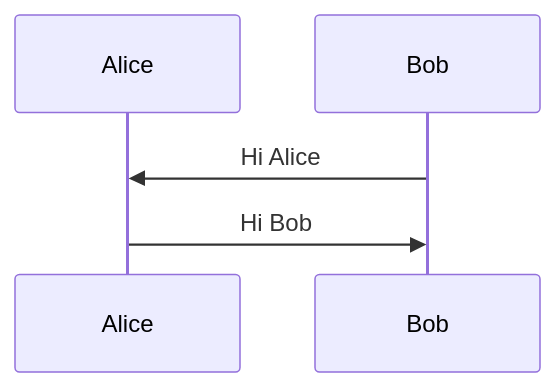
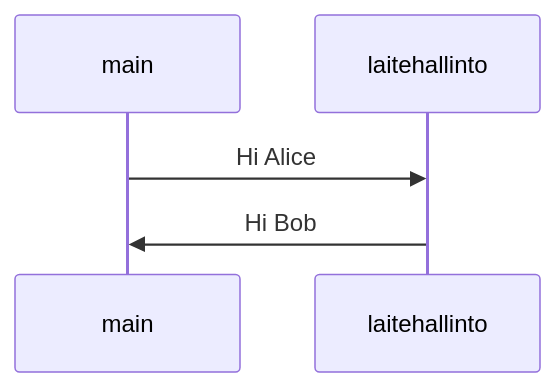
The diagram in laskarit/viikko3/hlsmatkakortti.md (hannat1/ot-harjoitustyo), drawn with Mermaid before and after one commit.

````diff
--- a/laskarit/viikko3/hlsmatkakortti.md
+++ b/laskarit/viikko3/hlsmatkakortti.md
@@ -4,7 +4,7 @@
 ```mermaid
 sequenceDiagram
-    participant Alice
-    participant Bob
-    Bob->>Alice: Hi Alice
-    Alice->>Bob: Hi Bob
+    participant main
+    participant laitehallinto
+    main->>laitehallinto: Hi Alice
+    laitehallinto->>main: Hi Bob
 ```
````
